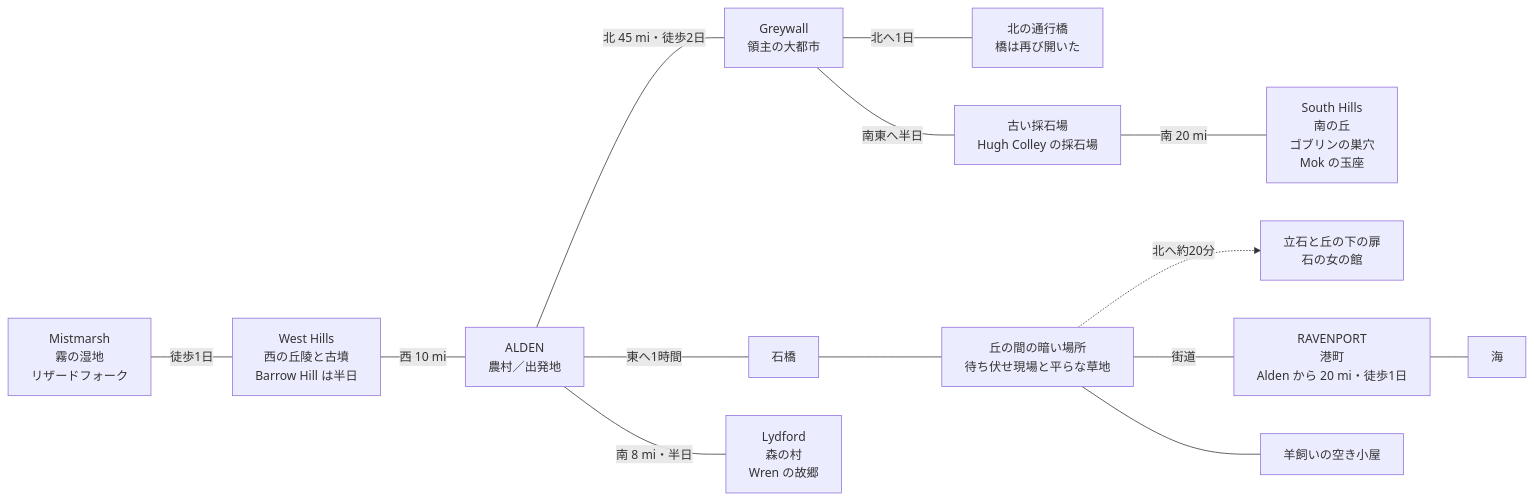
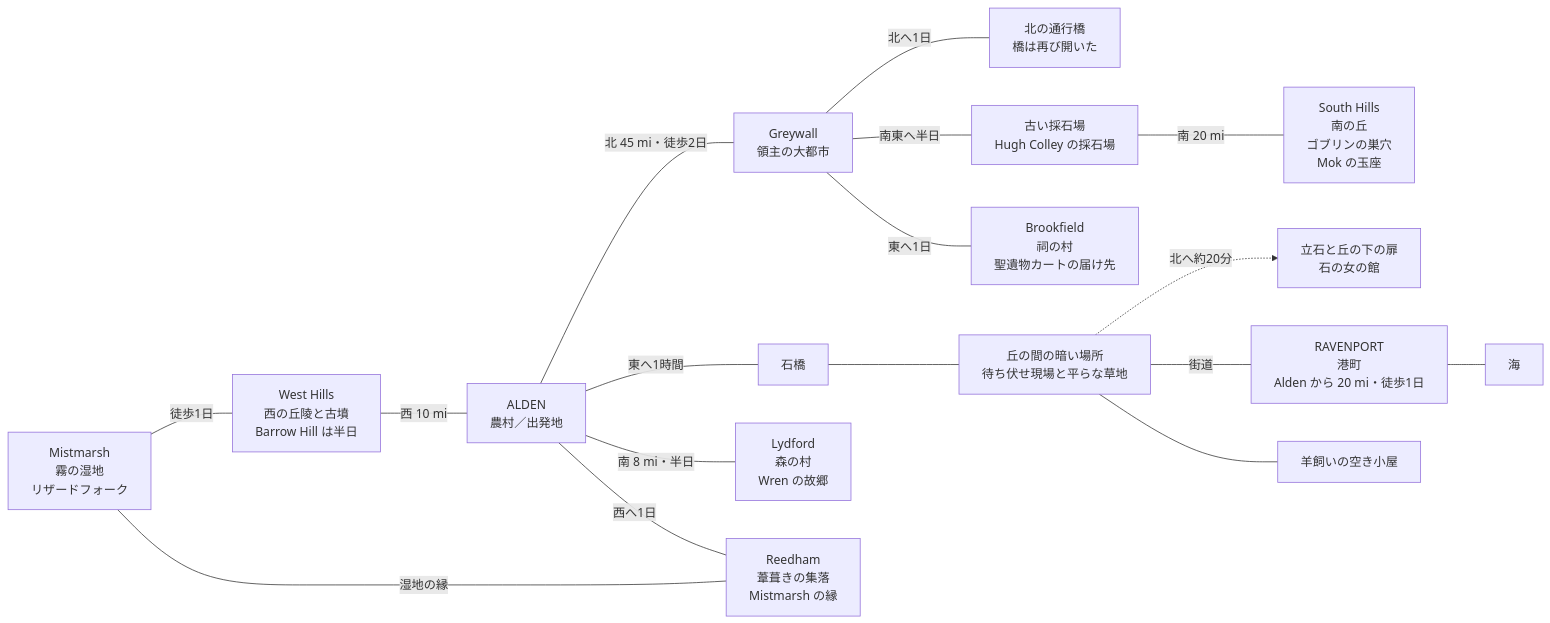
One commit to goblin-fish/pico-pub changed the diagram in dungeons/world-settings-ja.md. Above: the diagram before and after it, drawn with Mermaid. The commit also changed other lines of this file and 5 other files, not shown here.

````diff
--- a/dungeons/world-settings-ja.md
+++ b/dungeons/world-settings-ja.md
@@ -8,16 +8,19 @@
 ```mermaid
 flowchart LR
     MM["Mistmarsh<br/>霧の湿地<br/>リザードフォーク"] ---|徒歩1日| WH["West Hills<br/>西の丘陵と古墳<br/>Barrow Hill は半日"]
     WH ---|西 10 mi| ALD["ALDEN<br/>農村／出発地"]
     GW ---|北へ1日| TB["北の通行橋<br/>橋は再び開いた"]
     ALD ---|北 45 mi・徒歩2日| GW["Greywall<br/>領主の大都市"]
     GW ---|南東へ半日| QU["古い採石場<br/>Hugh Colley の採石場"]
     QU ---|南 20 mi| SH["South Hills<br/>南の丘<br/>ゴブリンの巣穴<br/>Mok の玉座"]
     ALD ---|東へ1時間| SB["石橋"]
     SB --- AMB["丘の間の暗い場所<br/>待ち伏せ現場と平らな草地"]
     AMB -.->|北へ約20分| ST["立石と丘の下の扉<br/>石の女の館"]
     AMB ---|街道| RP["RAVENPORT<br/>港町<br/>Alden から 20 mi・徒歩1日"]
     AMB --- HUT["羊飼いの空き小屋"]
     RP --- SEA["海"]
     ALD ---|南 8 mi・半日| LYD["Lydford<br/>森の村<br/>Wren の故郷"]
+    ALD ---|西へ1日| RD["Reedham<br/>葦葺きの集落<br/>Mistmarsh の縁"]
+    RD ---|湿地の縁| MM
+    GW ---|東へ1日| BF["Brookfield<br/>祠の村<br/>聖遺物カートの届け先"]
 ```
````
